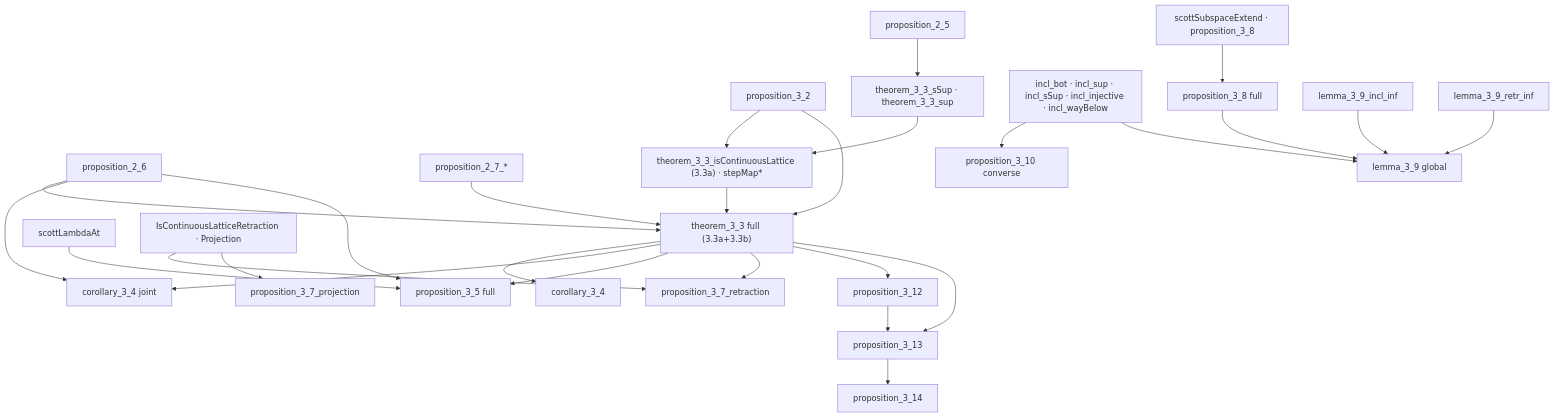
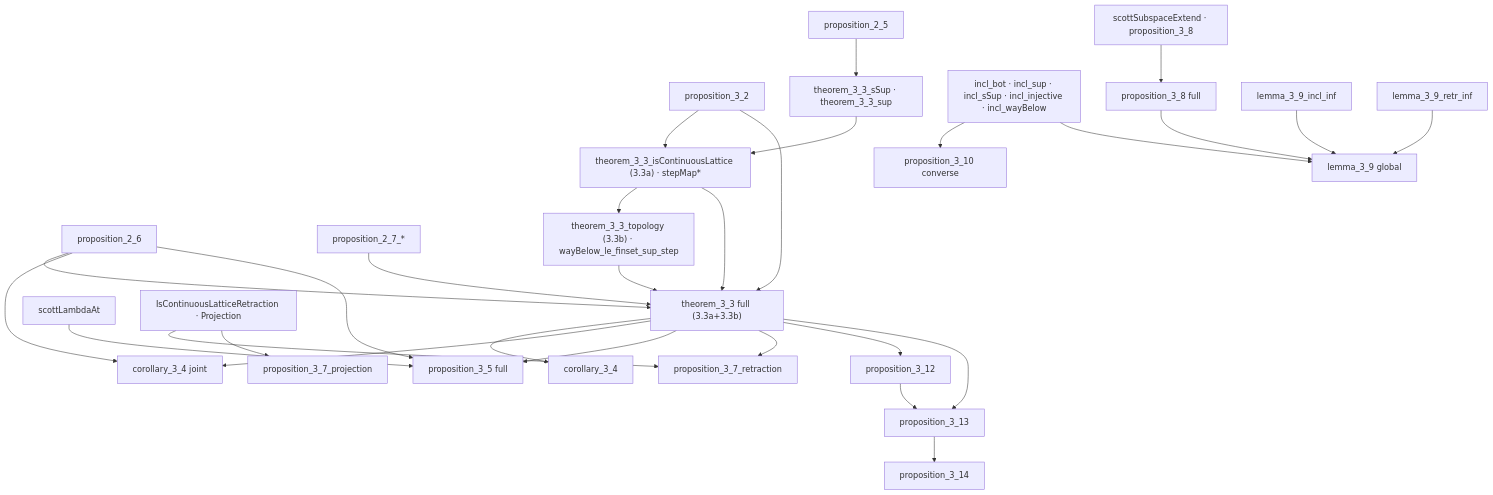
One commit to catskillsresearch/domain_theory changed the fifth of 8 diagrams in arxiv.md. Above: the diagram before and after it, drawn with Mermaid. The commit also changed other lines of this file and 1 other file, not shown here.

First line of the commit message:
feat(FunctionSpaces): prove Theorem 3.3(b) — lattice topology = pointwise topology

````diff
--- a/arxiv.md
+++ b/arxiv.md
@@ -324,54 +324,57 @@
 ```mermaid
 flowchart TD
   P25["proposition_2_5"]
   P26["proposition_2_6"]
   P27["proposition_2_7_*"]
   P32["proposition_3_2"]
   T33c["theorem_3_3_sSup · theorem_3_3_sup"]
   T33a["theorem_3_3_isContinuousLattice (3.3a) · stepMap*"]
+  T33b["theorem_3_3_topology (3.3b) · wayBelow_le_finset_sup_step"]
   T33["theorem_3_3 full (3.3a+3.3b)"]
   C34x["corollary_3_4"]
   C34j["corollary_3_4 joint"]
   P35r["scottLambdaAt"]
   P35["proposition_3_5 full"]
   P37r["proposition_3_7_retraction"]
   P37p["proposition_3_7_projection"]
   D36["IsContinuousLatticeRetraction · Projection"]
   P310f["incl_bot · incl_sup · incl_sSup · incl_injective · incl_wayBelow"]
   P310c["proposition_3_10 converse"]
   P38p["scottSubspaceExtend · proposition_3_8"]
   P38["proposition_3_8 full"]
   L39i["lemma_3_9_incl_inf"]
   L39r["lemma_3_9_retr_inf"]
   L39["lemma_3_9 global"]
   P312["proposition_3_12"]
   P313["proposition_3_13"]
   P314["proposition_3_14"]
 
   P25 --> T33c
   T33c --> T33a
   P32 --> T33a
+  T33a --> T33b
   T33a --> T33
+  T33b --> T33
   P26 --> T33
   P27 --> T33
   T33 --> C34x
   P26 --> C34j
   T33 --> C34j
   T33 --> P35
   P26 --> P35
   P35r --> P35
   D36 --> P37r
   D36 --> P37p
   T33 --> P37r
   T33 --> P312
   P310f --> P310c
   P310f --> L39
   P38p --> P38
   P38 --> L39
   L39i --> L39
   L39r --> L39
   T33 --> P313
   P313 --> P314
   P312 --> P313
   P32 --> T33
 ```
````
